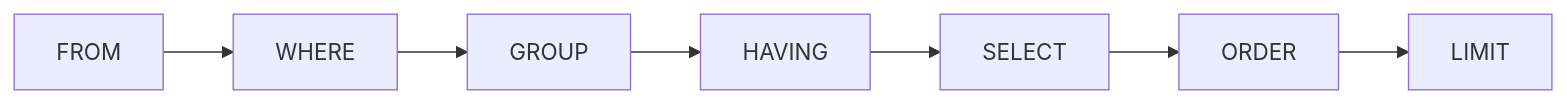
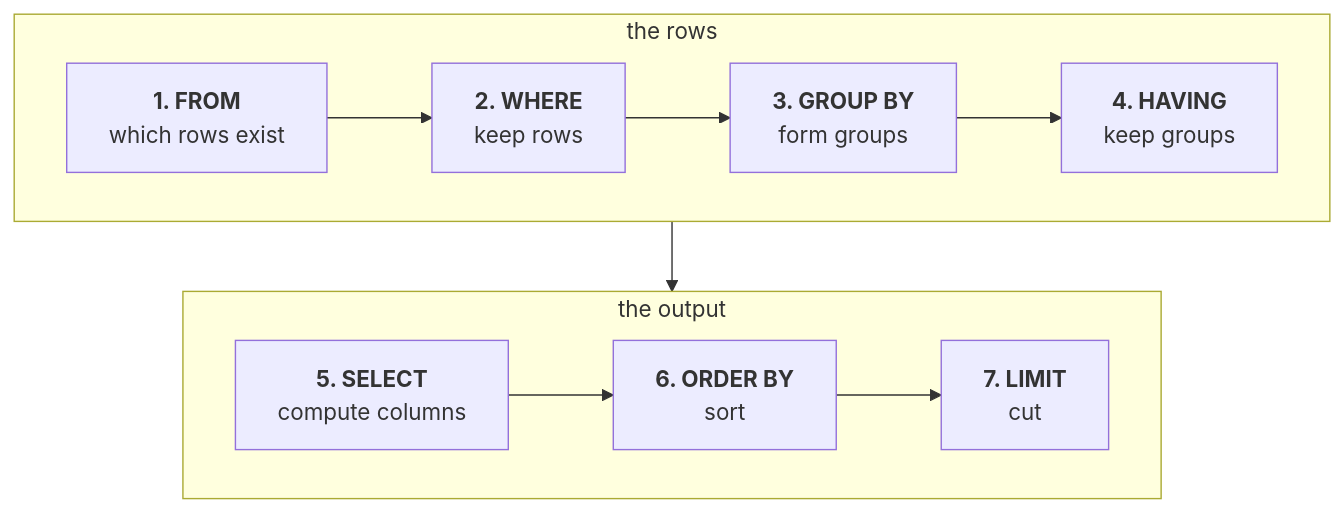
Before and after one commit to fde-academy-lab/c2-content-factory: the diagram in content/W02/D1/cheatsheets/C2_W02_D01_sql_clauses_STUDENT.md, drawn with Mermaid. The commit also changed other lines of this file and 2 other files, not shown here.

````diff
--- a/content/W02/D1/cheatsheets/C2_W02_D01_sql_clauses_STUDENT.md
+++ b/content/W02/D1/cheatsheets/C2_W02_D01_sql_clauses_STUDENT.md
@@ -8,4 +9,12 @@
 ```mermaid
-flowchart LR
-    F["FROM"] --> W["WHERE"] --> G["GROUP"] --> H["HAVING"] --> S["SELECT"] --> O["ORDER"] --> L["LIMIT"]
+flowchart TB
+    subgraph rows["the rows"]
+        direction LR
+        F["<b>1. FROM</b><br/>which rows exist"] --> W["<b>2. WHERE</b><br/>keep rows"] --> G["<b>3. GROUP BY</b><br/>form groups"] --> H["<b>4. HAVING</b><br/>keep groups"]
+    end
+    subgraph out["the output"]
+        direction LR
+        S["<b>5. SELECT</b><br/>compute columns"] --> O["<b>6. ORDER BY</b><br/>sort"] --> L["<b>7. LIMIT</b><br/>cut"]
+    end
+    rows --> out
 ```
````
